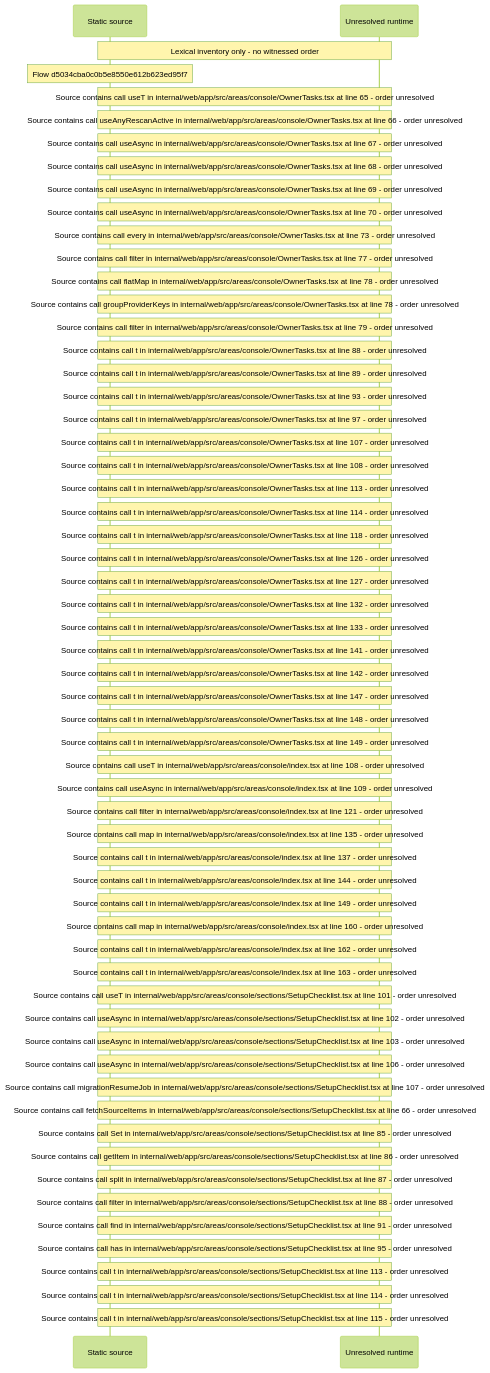
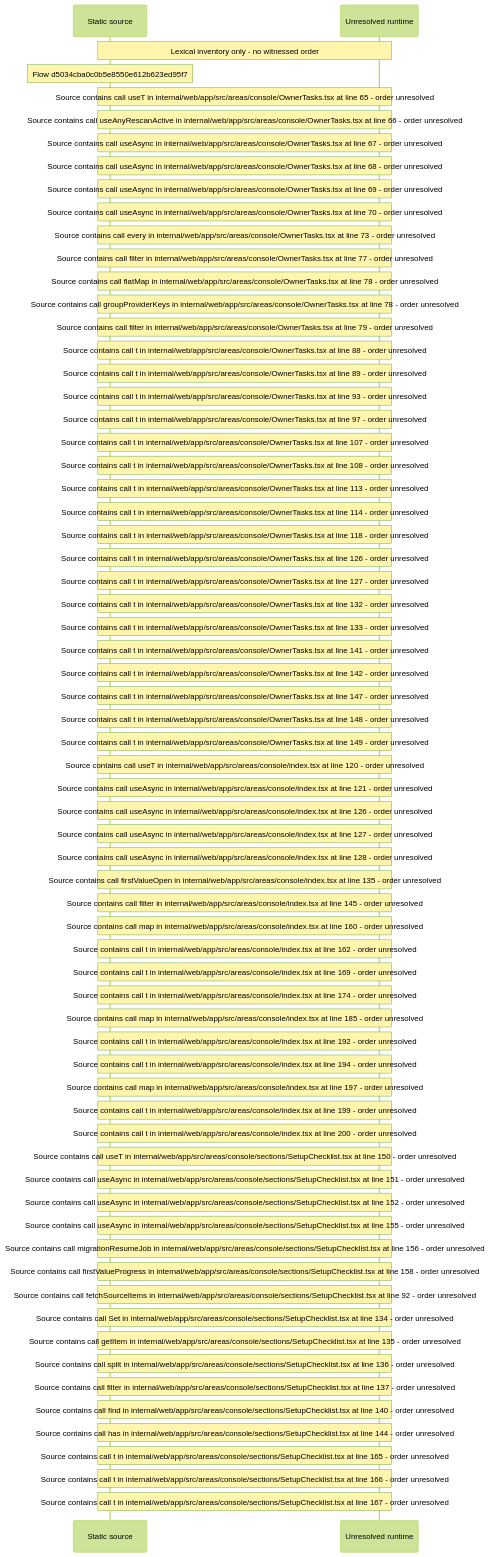
Before and after one commit to beamfall/core: the diagram in docs/web/flows/generated/d5034cba0c0b5e8550e612b623ed95f7/flow-diagram.md, drawn with Mermaid (forest theme). The commit also changed other lines of this file and 714 other files, not shown here.

Commit message:
Regenerate the web flow record on the batch 5 head (CORE-1762)

````diff
--- a/docs/web/flows/generated/d5034cba0c0b5e8550e612b623ed95f7/flow-diagram.md
+++ b/docs/web/flows/generated/d5034cba0c0b5e8550e612b623ed95f7/flow-diagram.md
@@ -10,61 +10,69 @@
 ```mermaid
 sequenceDiagram
     participant S as Static source
     participant U as Unresolved runtime
     Note over S,U: Lexical inventory only - no witnessed order
     Note over S: Flow d5034cba0c0b5e8550e612b623ed95f7
     Note over S,U: Source contains call useT in internal/web/app/src/areas/console/OwnerTasks.tsx at line 65 - order unresolved
     Note over S,U: Source contains call useAnyRescanActive in internal/web/app/src/areas/console/OwnerTasks.tsx at line 66 - order unresolved
     Note over S,U: Source contains call useAsync in internal/web/app/src/areas/console/OwnerTasks.tsx at line 67 - order unresolved
     Note over S,U: Source contains call useAsync in internal/web/app/src/areas/console/OwnerTasks.tsx at line 68 - order unresolved
     Note over S,U: Source contains call useAsync in internal/web/app/src/areas/console/OwnerTasks.tsx at line 69 - order unresolved
     Note over S,U: Source contains call useAsync in internal/web/app/src/areas/console/OwnerTasks.tsx at line 70 - order unresolved
     Note over S,U: Source contains call every in internal/web/app/src/areas/console/OwnerTasks.tsx at line 73 - order unresolved
     Note over S,U: Source contains call filter in internal/web/app/src/areas/console/OwnerTasks.tsx at line 77 - order unresolved
     Note over S,U: Source contains call flatMap in internal/web/app/src/areas/console/OwnerTasks.tsx at line 78 - order unresolved
     Note over S,U: Source contains call groupProviderKeys in internal/web/app/src/areas/console/OwnerTasks.tsx at line 78 - order unresolved
     Note over S,U: Source contains call filter in internal/web/app/src/areas/console/OwnerTasks.tsx at line 79 - order unresolved
     Note over S,U: Source contains call t in internal/web/app/src/areas/console/OwnerTasks.tsx at line 88 - order unresolved
     Note over S,U: Source contains call t in internal/web/app/src/areas/console/OwnerTasks.tsx at line 89 - order unresolved
     Note over S,U: Source contains call t in internal/web/app/src/areas/console/OwnerTasks.tsx at line 93 - order unresolved
     Note over S,U: Source contains call t in internal/web/app/src/areas/console/OwnerTasks.tsx at line 97 - order unresolved
     Note over S,U: Source contains call t in internal/web/app/src/areas/console/OwnerTasks.tsx at line 107 - order unresolved
     Note over S,U: Source contains call t in internal/web/app/src/areas/console/OwnerTasks.tsx at line 108 - order unresolved
     Note over S,U: Source contains call t in internal/web/app/src/areas/console/OwnerTasks.tsx at line 113 - order unresolved
     Note over S,U: Source contains call t in internal/web/app/src/areas/console/OwnerTasks.tsx at line 114 - order unresolved
     Note over S,U: Source contains call t in internal/web/app/src/areas/console/OwnerTasks.tsx at line 118 - order unresolved
     Note over S,U: Source contains call t in internal/web/app/src/areas/console/OwnerTasks.tsx at line 126 - order unresolved
     Note over S,U: Source contains call t in internal/web/app/src/areas/console/OwnerTasks.tsx at line 127 - order unresolved
     Note over S,U: Source contains call t in internal/web/app/src/areas/console/OwnerTasks.tsx at line 132 - order unresolved
     Note over S,U: Source contains call t in internal/web/app/src/areas/console/OwnerTasks.tsx at line 133 - order unresolved
     Note over S,U: Source contains call t in internal/web/app/src/areas/console/OwnerTasks.tsx at line 141 - order unresolved
     Note over S,U: Source contains call t in internal/web/app/src/areas/console/OwnerTasks.tsx at line 142 - order unresolved
     Note over S,U: Source contains call t in internal/web/app/src/areas/console/OwnerTasks.tsx at line 147 - order unresolved
     Note over S,U: Source contains call t in internal/web/app/src/areas/console/OwnerTasks.tsx at line 148 - order unresolved
     Note over S,U: Source contains call t in internal/web/app/src/areas/console/OwnerTasks.tsx at line 149 - order unresolved
-    Note over S,U: Source contains call useT in internal/web/app/src/areas/console/index.tsx at line 108 - order unresolved
-    Note over S,U: Source contains call useAsync in internal/web/app/src/areas/console/index.tsx at line 109 - order unresolved
-    Note over S,U: Source contains call filter in internal/web/app/src/areas/console/index.tsx at line 121 - order unresolved
-    Note over S,U: Source contains call map in internal/web/app/src/areas/console/index.tsx at line 135 - order unresolved
-    Note over S,U: Source contains call t in internal/web/app/src/areas/console/index.tsx at line 137 - order unresolved
-    Note over S,U: Source contains call t in internal/web/app/src/areas/console/index.tsx at line 144 - order unresolved
-    Note over S,U: Source contains call t in internal/web/app/src/areas/console/index.tsx at line 149 - order unresolved
+    Note over S,U: Source contains call useT in internal/web/app/src/areas/console/index.tsx at line 120 - order unresolved
+    Note over S,U: Source contains call useAsync in internal/web/app/src/areas/console/index.tsx at line 121 - order unresolved
+    Note over S,U: Source contains call useAsync in internal/web/app/src/areas/console/index.tsx at line 126 - order unresolved
+    Note over S,U: Source contains call useAsync in internal/web/app/src/areas/console/index.tsx at line 127 - order unresolved
+    Note over S,U: Source contains call useAsync in internal/web/app/src/areas/console/index.tsx at line 128 - order unresolved
+    Note over S,U: Source contains call firstValueOpen in internal/web/app/src/areas/console/index.tsx at line 135 - order unresolved
+    Note over S,U: Source contains call filter in internal/web/app/src/areas/console/index.tsx at line 145 - order unresolved
     Note over S,U: Source contains call map in internal/web/app/src/areas/console/index.tsx at line 160 - order unresolved
     Note over S,U: Source contains call t in internal/web/app/src/areas/console/index.tsx at line 162 - order unresolved
-    Note over S,U: Source contains call t in internal/web/app/src/areas/console/index.tsx at line 163 - order unresolved
-    Note over S,U: Source contains call useT in internal/web/app/src/areas/console/sections/SetupChecklist.tsx at line 101 - order unresolved
-    Note over S,U: Source contains call useAsync in internal/web/app/src/areas/console/sections/SetupChecklist.tsx at line 102 - order unresolved
-    Note over S,U: Source contains call useAsync in internal/web/app/src/areas/console/sections/SetupChecklist.tsx at line 103 - order unresolved
-    Note over S,U: Source contains call useAsync in internal/web/app/src/areas/console/sections/SetupChecklist.tsx at line 106 - order unresolved
-    Note over S,U: Source contains call migrationResumeJob in internal/web/app/src/areas/console/sections/SetupChecklist.tsx at line 107 - order unresolved
-    Note over S,U: Source contains call fetchSourceItems in internal/web/app/src/areas/console/sections/SetupChecklist.tsx at line 66 - order unresolved
-    Note over S,U: Source contains call Set in internal/web/app/src/areas/console/sections/SetupChecklist.tsx at line 85 - order unresolved
-    Note over S,U: Source contains call getItem in internal/web/app/src/areas/console/sections/SetupChecklist.tsx at line 86 - order unresolved
-    Note over S,U: Source contains call split in internal/web/app/src/areas/console/sections/SetupChecklist.tsx at line 87 - order unresolved
-    Note over S,U: Source contains call filter in internal/web/app/src/areas/console/sections/SetupChecklist.tsx at line 88 - order unresolved
-    Note over S,U: Source contains call find in internal/web/app/src/areas/console/sections/SetupChecklist.tsx at line 91 - order unresolved
-    Note over S,U: Source contains call has in internal/web/app/src/areas/console/sections/SetupChecklist.tsx at line 95 - order unresolved
-    Note over S,U: Source contains call t in internal/web/app/src/areas/console/sections/SetupChecklist.tsx at line 113 - order unresolved
-    Note over S,U: Source contains call t in internal/web/app/src/areas/console/sections/SetupChecklist.tsx at line 114 - order unresolved
-    Note over S,U: Source contains call t in internal/web/app/src/areas/console/sections/SetupChecklist.tsx at line 115 - order unresolved
+    Note over S,U: Source contains call t in internal/web/app/src/areas/console/index.tsx at line 169 - order unresolved
+    Note over S,U: Source contains call t in internal/web/app/src/areas/console/index.tsx at line 174 - order unresolved
+    Note over S,U: Source contains call map in internal/web/app/src/areas/console/index.tsx at line 185 - order unresolved
+    Note over S,U: Source contains call t in internal/web/app/src/areas/console/index.tsx at line 192 - order unresolved
+    Note over S,U: Source contains call t in internal/web/app/src/areas/console/index.tsx at line 194 - order unresolved
+    Note over S,U: Source contains call map in internal/web/app/src/areas/console/index.tsx at line 197 - order unresolved
+    Note over S,U: Source contains call t in internal/web/app/src/areas/console/index.tsx at line 199 - order unresolved
+    Note over S,U: Source contains call t in internal/web/app/src/areas/console/index.tsx at line 200 - order unresolved
+    Note over S,U: Source contains call useT in internal/web/app/src/areas/console/sections/SetupChecklist.tsx at line 150 - order unresolved
+    Note over S,U: Source contains call useAsync in internal/web/app/src/areas/console/sections/SetupChecklist.tsx at line 151 - order unresolved
+    Note over S,U: Source contains call useAsync in internal/web/app/src/areas/console/sections/SetupChecklist.tsx at line 152 - order unresolved
+    Note over S,U: Source contains call useAsync in internal/web/app/src/areas/console/sections/SetupChecklist.tsx at line 155 - order unresolved
+    Note over S,U: Source contains call migrationResumeJob in internal/web/app/src/areas/console/sections/SetupChecklist.tsx at line 156 - order unresolved
+    Note over S,U: Source contains call firstValueProgress in internal/web/app/src/areas/console/sections/SetupChecklist.tsx at line 158 - order unresolved
+    Note over S,U: Source contains call fetchSourceItems in internal/web/app/src/areas/console/sections/SetupChecklist.tsx at line 92 - order unresolved
+    Note over S,U: Source contains call Set in internal/web/app/src/areas/console/sections/SetupChecklist.tsx at line 134 - order unresolved
+    Note over S,U: Source contains call getItem in internal/web/app/src/areas/console/sections/SetupChecklist.tsx at line 135 - order unresolved
+    Note over S,U: Source contains call split in internal/web/app/src/areas/console/sections/SetupChecklist.tsx at line 136 - order unresolved
+    Note over S,U: Source contains call filter in internal/web/app/src/areas/console/sections/SetupChecklist.tsx at line 137 - order unresolved
+    Note over S,U: Source contains call find in internal/web/app/src/areas/console/sections/SetupChecklist.tsx at line 140 - order unresolved
+    Note over S,U: Source contains call has in internal/web/app/src/areas/console/sections/SetupChecklist.tsx at line 144 - order unresolved
+    Note over S,U: Source contains call t in internal/web/app/src/areas/console/sections/SetupChecklist.tsx at line 165 - order unresolved
+    Note over S,U: Source contains call t in internal/web/app/src/areas/console/sections/SetupChecklist.tsx at line 166 - order unresolved
+    Note over S,U: Source contains call t in internal/web/app/src/areas/console/sections/SetupChecklist.tsx at line 167 - order unresolved
 ```
````
